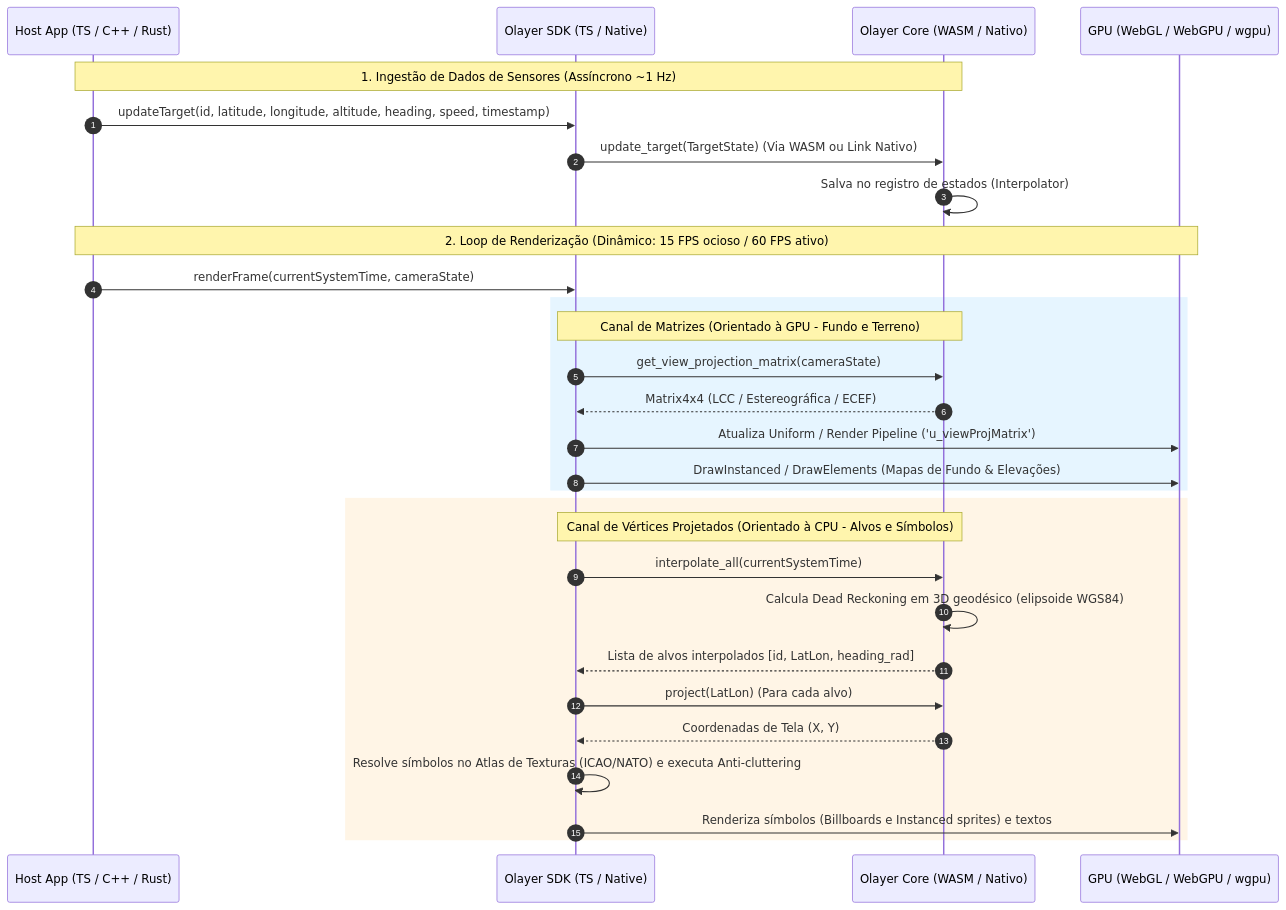
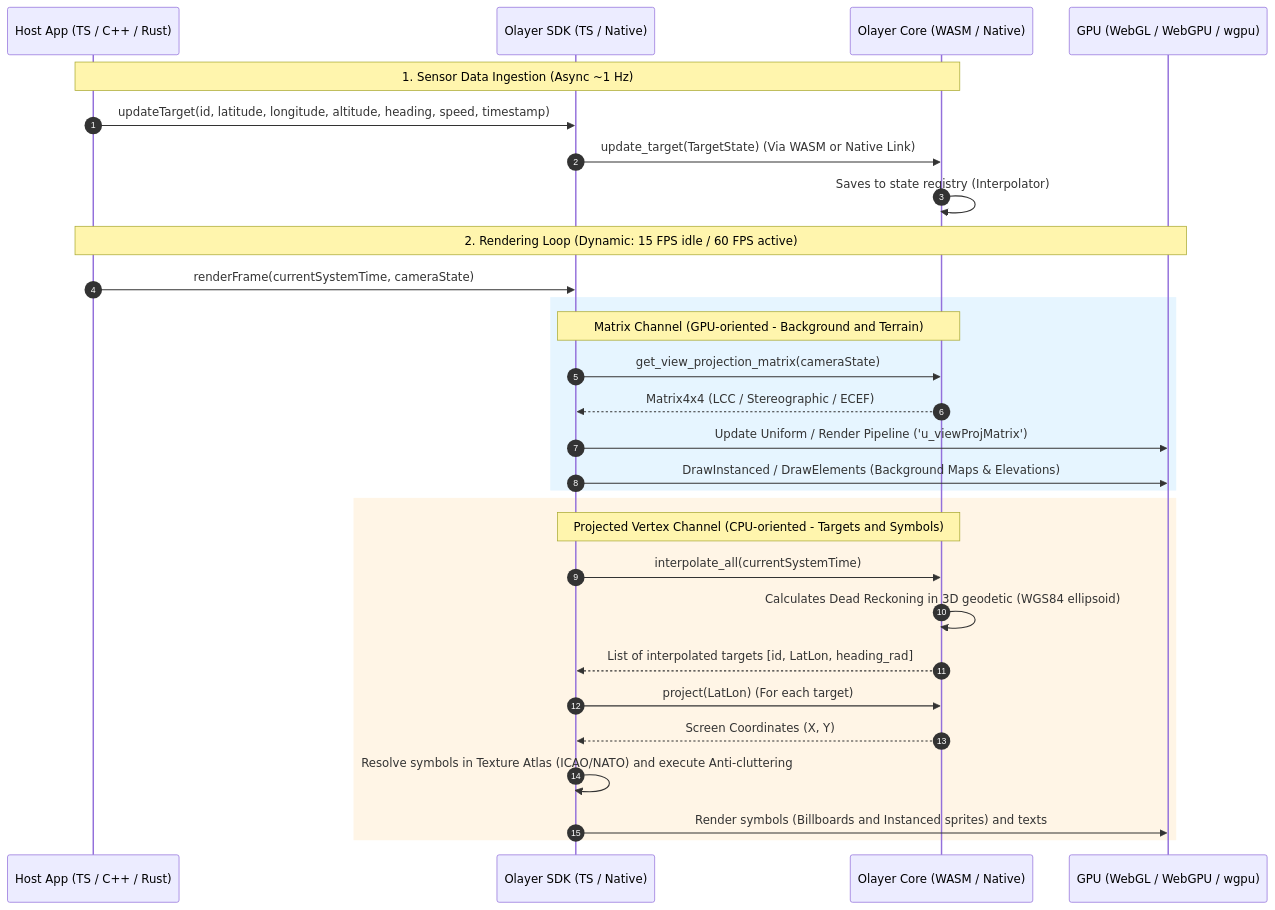
The fourth of 5 diagrams in docs/arch.md (rodoni/olayer), drawn with Mermaid before and after one commit. The commit also changed other lines of this file and 29 other files, not shown here.

Commit message:
fix docs language and sdk/native

````diff
--- a/docs/arch.md
+++ b/docs/arch.md
@@ -256,35 +256,35 @@
 ```mermaid
 sequenceDiagram
     autonumber
     participant Host as Host App (TS / C++ / Rust)
     participant SDK as Olayer SDK (TS / Native)
-    participant Core as Olayer Core (WASM / Nativo)
+    participant Core as Olayer Core (WASM / Native)
     participant GPU as GPU (WebGL / WebGPU / wgpu)
 
-    Note over Host, Core: 1. Ingestão de Dados de Sensores (Assíncrono ~1 Hz)
+    Note over Host, Core: 1. Sensor Data Ingestion (Async ~1 Hz)
     Host->>SDK: updateTarget(id, latitude, longitude, altitude, heading, speed, timestamp)
-    SDK->>Core: update_target(TargetState) (Via WASM ou Link Nativo)
-    Core->>Core: Salva no registro de estados (Interpolator)
+    SDK->>Core: update_target(TargetState) (Via WASM or Native Link)
+    Core->>Core: Saves to state registry (Interpolator)
 
-    Note over Host, GPU: 2. Loop de Renderização (Dinâmico: 15 FPS ocioso / 60 FPS ativo)
+    Note over Host, GPU: 2. Rendering Loop (Dynamic: 15 FPS idle / 60 FPS active)
     Host->>SDK: renderFrame(currentSystemTime, cameraState)
     
     rect rgb(230, 245, 255)
-        Note over SDK, Core: Canal de Matrizes (Orientado à GPU - Fundo e Terreno)
+        Note over SDK, Core: Matrix Channel (GPU-oriented - Background and Terrain)
         SDK->>Core: get_view_projection_matrix(cameraState)
-        Core-->>SDK: Matrix4x4 (LCC / Estereográfica / ECEF)
-        SDK->>GPU: Atualiza Uniform / Render Pipeline ('u_viewProjMatrix')
-        SDK->>GPU: DrawInstanced / DrawElements (Mapas de Fundo & Elevações)
+        Core-->>SDK: Matrix4x4 (LCC / Stereographic / ECEF)
+        SDK->>GPU: Update Uniform / Render Pipeline ('u_viewProjMatrix')
+        SDK->>GPU: DrawInstanced / DrawElements (Background Maps & Elevations)
     end
 
     rect rgb(255, 245, 230)
-        Note over SDK, Core: Canal de Vértices Projetados (Orientado à CPU - Alvos e Símbolos)
+        Note over SDK, Core: Projected Vertex Channel (CPU-oriented - Targets and Symbols)
         SDK->>Core: interpolate_all(currentSystemTime)
-        Core->>Core: Calcula Dead Reckoning em 3D geodésico (elipsoide WGS84)
-        Core-->>SDK: Lista de alvos interpolados [id, LatLon, heading_rad]
-        SDK->>Core: project(LatLon) (Para cada alvo)
-        Core-->>SDK: Coordenadas de Tela (X, Y)
-        SDK->>SDK: Resolve símbolos no Atlas de Texturas (ICAO/NATO) e executa Anti-cluttering
-        SDK->>GPU: Renderiza símbolos (Billboards e Instanced sprites) e textos
+        Core->>Core: Calculates Dead Reckoning in 3D geodetic (WGS84 ellipsoid)
+        Core-->>SDK: List of interpolated targets [id, LatLon, heading_rad]
+        SDK->>Core: project(LatLon) (For each target)
+        Core-->>SDK: Screen Coordinates (X, Y)
+        SDK->>SDK: Resolve symbols in Texture Atlas (ICAO/NATO) and execute Anti-cluttering
+        SDK->>GPU: Render symbols (Billboards and Instanced sprites) and texts
     end
 ```
````
